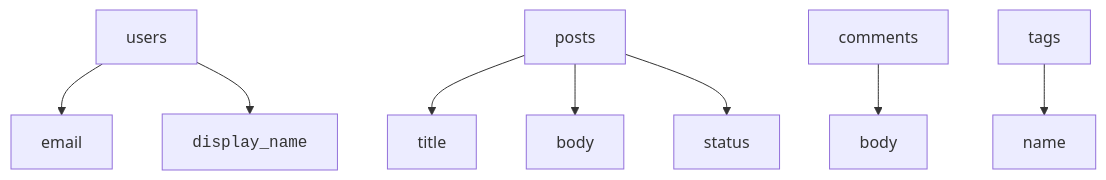
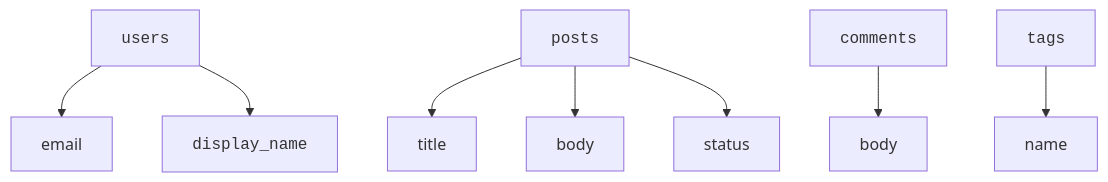
The third of 6 diagrams in content/learn/database-design-postgresql/case-study-blog.mdx (dataslope/dataslope), drawn with Mermaid before and after one commit. The commit also changed other lines of this file and 46 other files, not shown here.

First line of the commit message:
Wrap code in mermaid edge labels + entity/table names in DB diagrams

````diff
--- a/content/learn/database-design-postgresql/case-study-blog.mdx
+++ b/content/learn/database-design-postgresql/case-study-blog.mdx
@@ -74,10 +74,10 @@
 ```mermaid
 flowchart TD
-    User["users"] --> Email["email"]
+    User["<code>users</code>"] --> Email["email"]
     User --> Display["<code>display_name</code>"]
-    Post["posts"] --> Title["title"]
+    Post["<code>posts</code>"] --> Title["title"]
     Post --> Body["body"]
     Post --> Status["status"]
-    Comment["comments"] --> CommentBody["body"]
-    Tag["tags"] --> Name["name"]
+    Comment["<code>comments</code>"] --> CommentBody["body"]
+    Tag["<code>tags</code>"] --> Name["name"]
 ```
````
